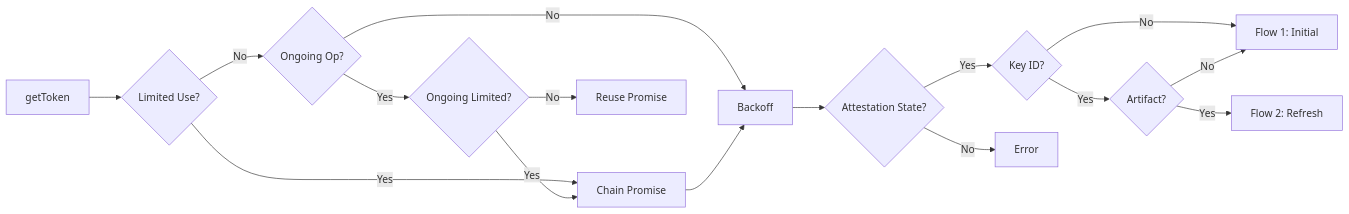
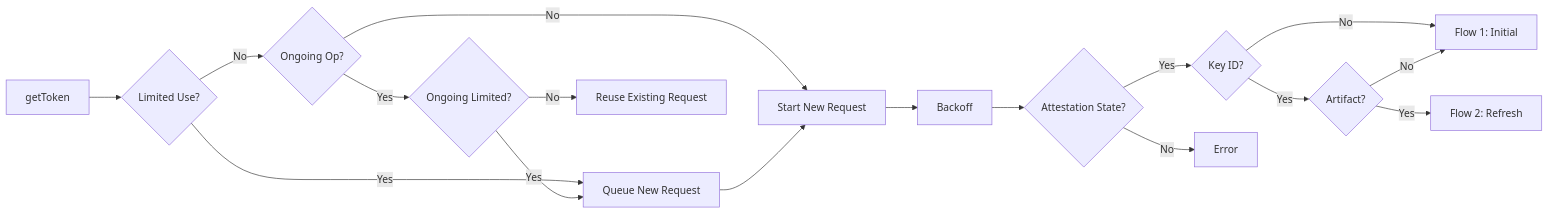
Before and after one commit to google/app-check: the first of 4 diagrams in docs/providers/app-attest.md, drawn with Mermaid.

````diff
--- a/docs/providers/app-attest.md
+++ b/docs/providers/app-attest.md
@@ -31,27 +31,28 @@
 ```mermaid
 flowchart LR
     Start[getToken] --> CheckUse{Limited Use?}
     
-    CheckUse -- Yes --> Chain[Chain Promise]
+    CheckUse -- Yes --> Queue[Queue New Request]
     CheckUse -- No --> Coalesce{Ongoing Op?}
     
-    Coalesce -- No --> Backoff[Backoff]
+    Coalesce -- No --> StartNew[Start New Request]
     Coalesce -- Yes --> CheckOngoing{Ongoing Limited?}
     
-    CheckOngoing -- Yes --> Chain
-    CheckOngoing -- No --> Reuse[Reuse Promise]
+    CheckOngoing -- Yes --> Queue
+    CheckOngoing -- No --> Reuse[Reuse Existing Request]
     
-    Chain --> Backoff
+    Queue --> StartNew
+    StartNew --> Backoff[Backoff]
     
     Backoff --> StateCheck{Attestation State?}
     
     StateCheck -->|Yes| KeyCheck{Key ID?}
     
     KeyCheck -- No --> Flow1[Flow 1: Initial]
     KeyCheck -- Yes --> ArtifactCheck{Artifact?}
     
     ArtifactCheck -- No --> Flow1
     ArtifactCheck -- Yes --> Flow2[Flow 2: Refresh]
 
     StateCheck -->|No| Error[Error]
 ```
````
